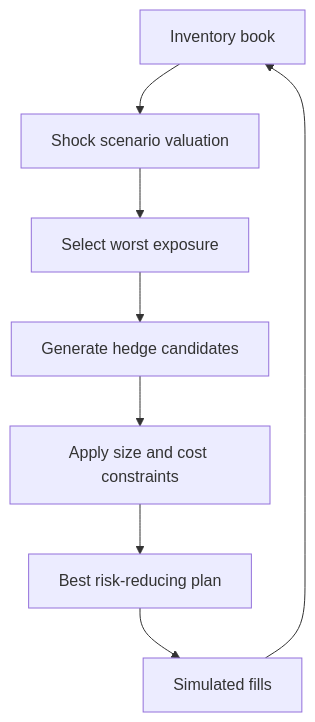
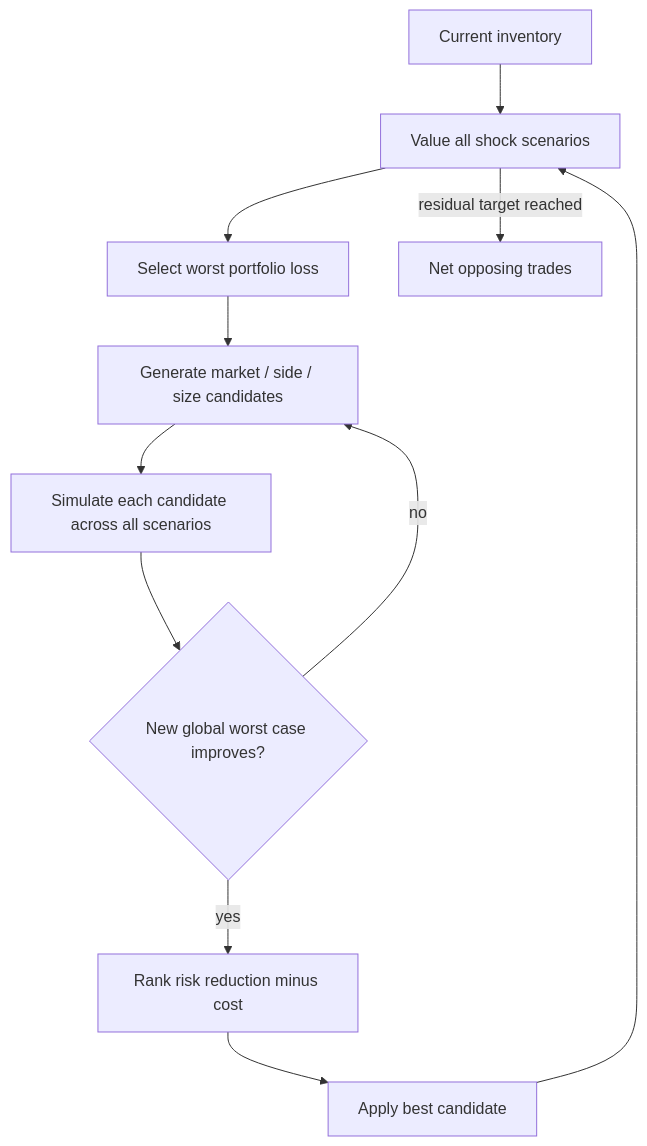
One commit to karagozemin/RAVEN changed the seventh of 11 diagrams in ARCHITECTURE.md. Above: the diagram before and after it, drawn with Mermaid. The commit also changed other lines of this file and 59 other files, not shown here.

````diff
--- a/ARCHITECTURE.md
+++ b/ARCHITECTURE.md
@@ -218,10 +238,13 @@
 ```mermaid
 flowchart TD
-    BOOK[Inventory book] --> SCENARIOS[Shock scenario valuation]
-    SCENARIOS --> WORST[Select worst exposure]
-    WORST --> CANDIDATES[Generate hedge candidates]
-    CANDIDATES --> COST[Apply size and cost constraints]
-    COST --> PLAN[Best risk-reducing plan]
-    PLAN --> FILLS[Simulated fills]
-    FILLS --> BOOK
+    I[Current inventory] --> V[Value all shock scenarios]
+    V --> W[Select worst portfolio loss]
+    W --> C[Generate market / side / size candidates]
+    C --> S[Simulate each candidate across all scenarios]
+    S --> G{New global worst case improves?}
+    G -- no --> C
+    G -- yes --> K[Rank risk reduction minus cost]
+    K --> A[Apply best candidate]
+    A --> V
+    V -->|residual target reached| N[Net opposing trades]
 ```
````
